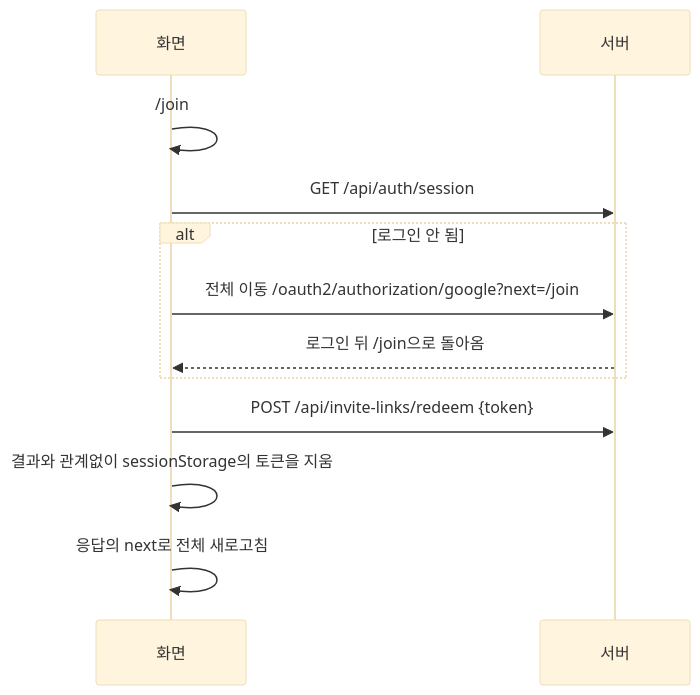
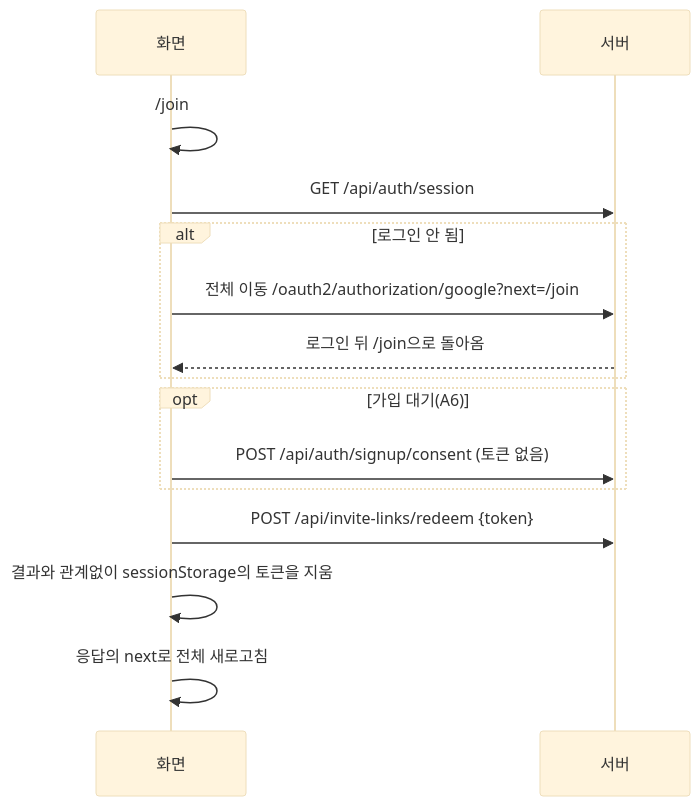
One commit to poseybutter/reberu changed the second of 3 diagrams in docs/architecture/frontend.md. Above: the diagram before and after it, drawn with Mermaid (base theme). The commit also changed other lines of this file and 23 other files, not shown here.

````diff
--- a/docs/architecture/frontend.md
+++ b/docs/architecture/frontend.md
@@ -132,14 +132,17 @@
 ```mermaid
 sequenceDiagram
     participant B as 화면
     participant S as 서버
     B->>B: /join#토큰 열림. 토큰을 sessionStorage에 두고 주소에서 # 부분을 지움(history.replaceState)
     B->>S: GET /api/auth/session
     alt 로그인 안 됨
         B->>S: 전체 이동 /oauth2/authorization/google?next=/join
         S-->>B: 로그인 뒤 /join으로 돌아옴
     end
+    opt 가입 대기(A6)
+        B->>S: POST /api/auth/signup/consent (토큰 없음)
+    end
     B->>S: POST /api/invite-links/redeem {token}
     B->>B: 결과와 관계없이 sessionStorage의 토큰을 지움
     B->>B: 응답의 next로 전체 새로고침
 ```
````
